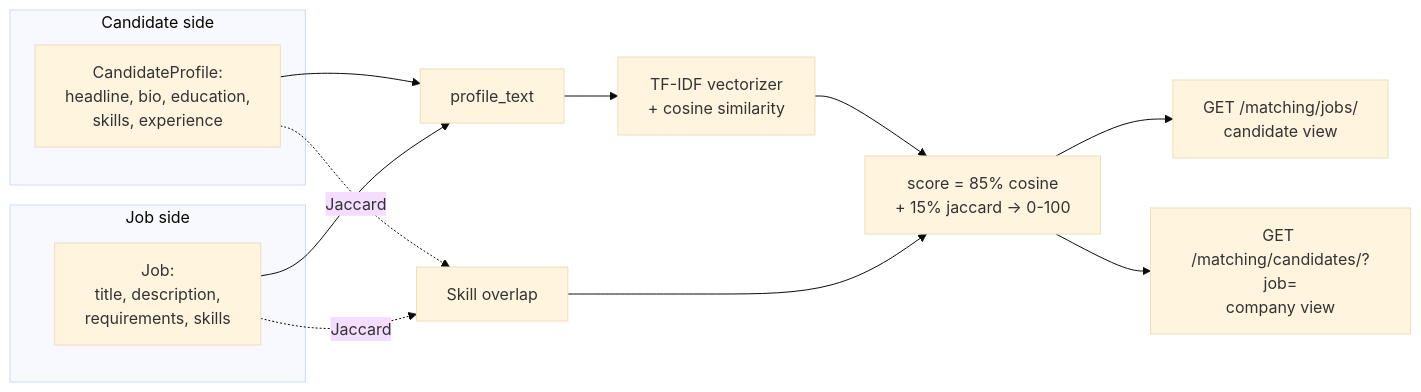
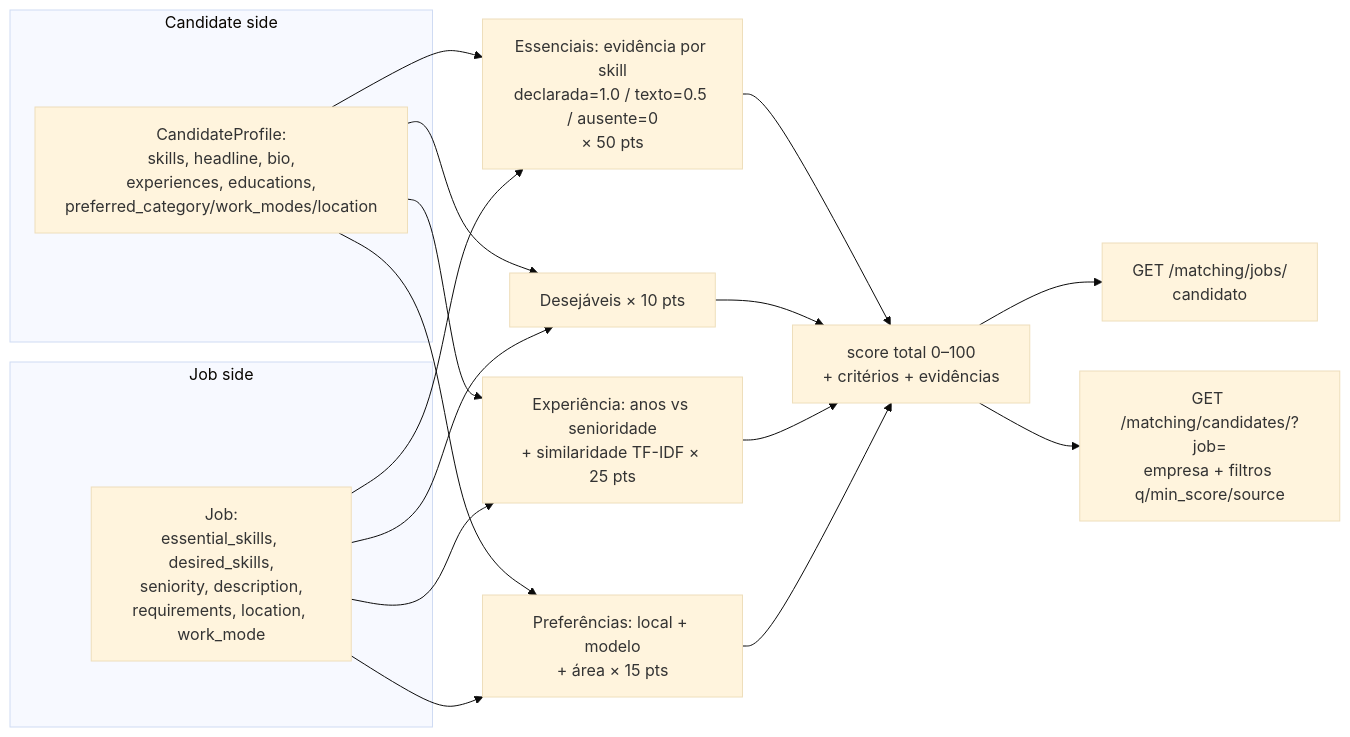
Before and after one commit to PedroG0612/TCC-test: the fifth of 7 diagrams in docs/USER_FLOWS.md, drawn with Mermaid (base theme). The commit also changed other lines of this file and 55 other files, not shown here.

````diff
--- a/docs/USER_FLOWS.md
+++ b/docs/USER_FLOWS.md
@@ -67,18 +82,23 @@
 ```mermaid
 flowchart LR
     subgraph Candidate side
-        CP[CandidateProfile:<br/>headline, bio, education,<br/>skills, experience]
+        CP[CandidateProfile:<br/>skills, headline, bio,<br/>experiences, educations,<br/>preferred_category/work_modes/location]
     end
     subgraph Job side
-        JP[Job:<br/>title, description,<br/>requirements, skills]
+        JP[Job:<br/>essential_skills, desired_skills,<br/>seniority, description,<br/>requirements, location, work_mode]
     end
-    CP --> T[profile_text]
-    JP --> T
-    T --> V[TF-IDF vectorizer<br/>+ cosine similarity]
-    CP -.->|Jaccard| S[Skill overlap]
-    JP -.->|Jaccard| S
-    V --> SC[score = 85% cosine<br/>+ 15% jaccard → 0-100]
-    S --> SC
-    SC --> R1[GET /matching/jobs/<br/>candidate view]
-    SC --> R2[GET /matching/candidates/?job=<br/>company view]
+    CP --> E[Essenciais: evidência por skill<br/>declarada=1.0 / texto=0.5 / ausente=0<br/>× 50 pts]
+    JP --> E
+    CP --> DE[Desejáveis × 10 pts]
+    JP --> DE
+    CP --> EX[Experiência: anos vs senioridade<br/>+ similaridade TF-IDF × 25 pts]
+    JP --> EX
+    CP --> PR[Preferências: local + modelo<br/>+ área × 15 pts]
+    JP --> PR
+    E --> SC[score total 0–100<br/>+ critérios + evidências]
+    DE --> SC
+    EX --> SC
+    PR --> SC
+    SC --> R1[GET /matching/jobs/<br/>candidato]
+    SC --> R2[GET /matching/candidates/?job=<br/>empresa + filtros q/min_score/source]
 ```
````
